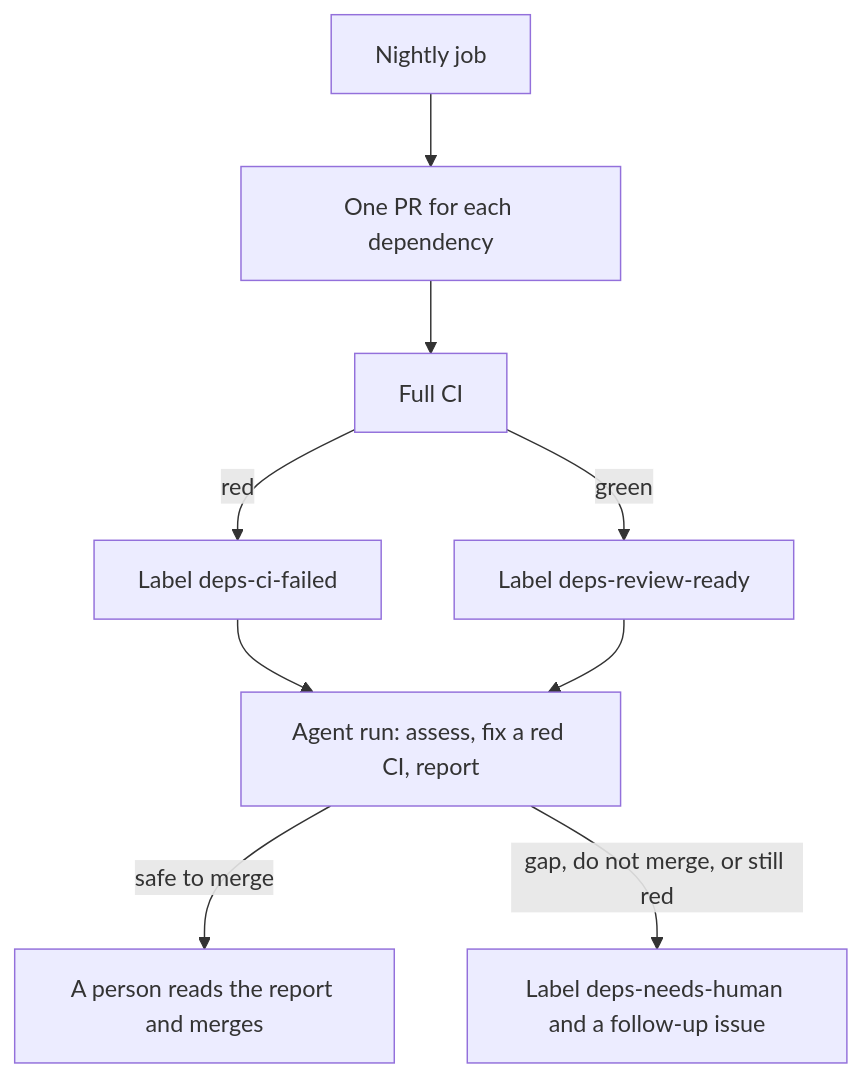
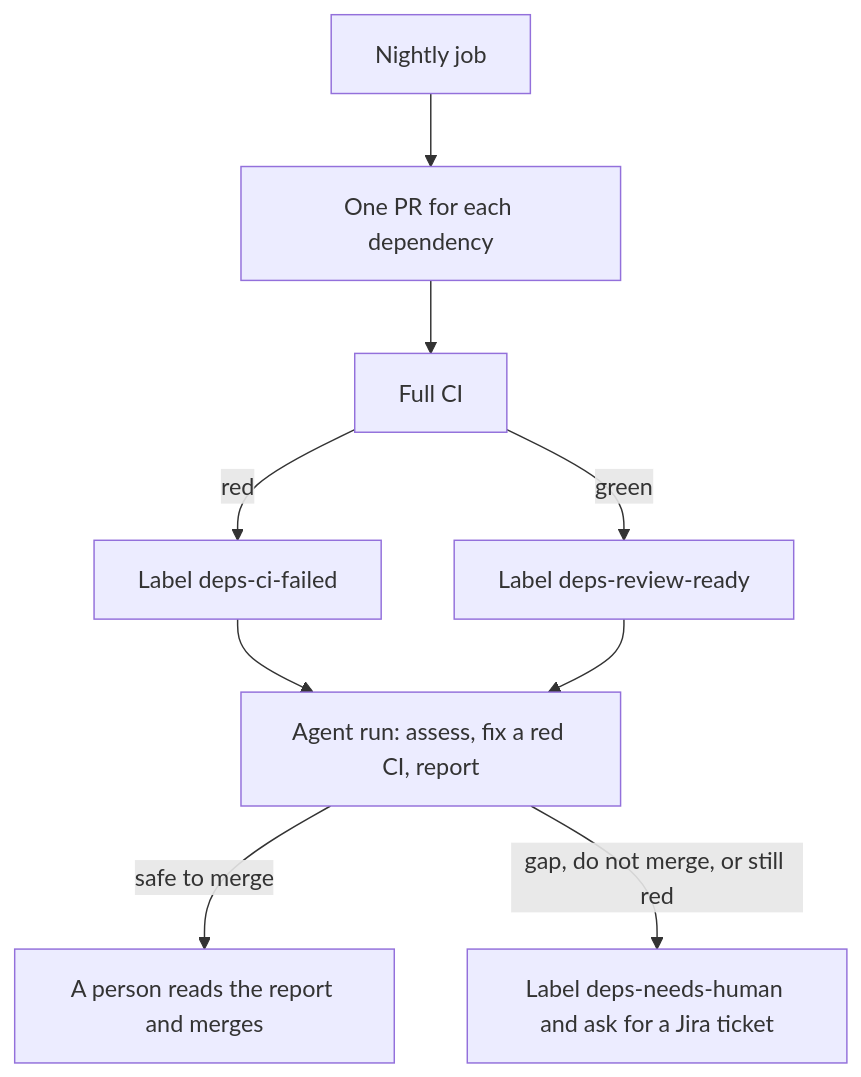
The diagram in docs/security/dependencies.md (Unique-AG/connectors), drawn with Mermaid before and after one commit. The commit also changed other lines of this file and 2 other files, not shown here.

Commit message:
docs(main): replace the Jira follow-up ticket with a hand-off comment

````diff
--- a/docs/security/dependencies.md
+++ b/docs/security/dependencies.md
@@ -10,11 +10,11 @@
 ```mermaid
 flowchart TD
   nightly[Nightly job] --> pr[One PR for each dependency]
   pr --> ci[Full CI]
   ci -->|red| failed[Label deps-ci-failed]
   ci -->|green| ready[Label deps-review-ready]
   failed --> agent["Agent run: assess, fix a red CI, report"]
   ready --> agent
   agent -->|safe to merge| review[A person reads the report and merges]
-  agent -->|gap, do not merge, or still red| human[Label deps-needs-human and a follow-up issue]
+  agent -->|gap, do not merge, or still red| human[Label deps-needs-human and ask for a Jira ticket]
 ```
````
